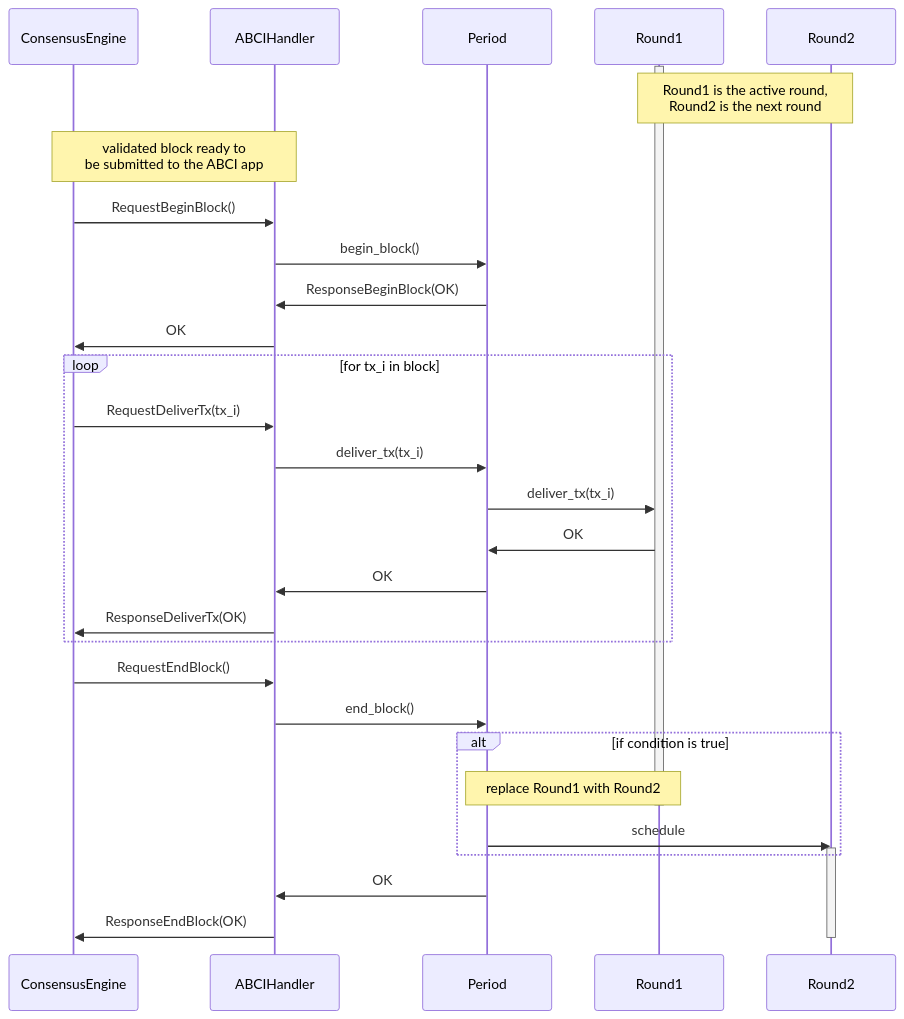
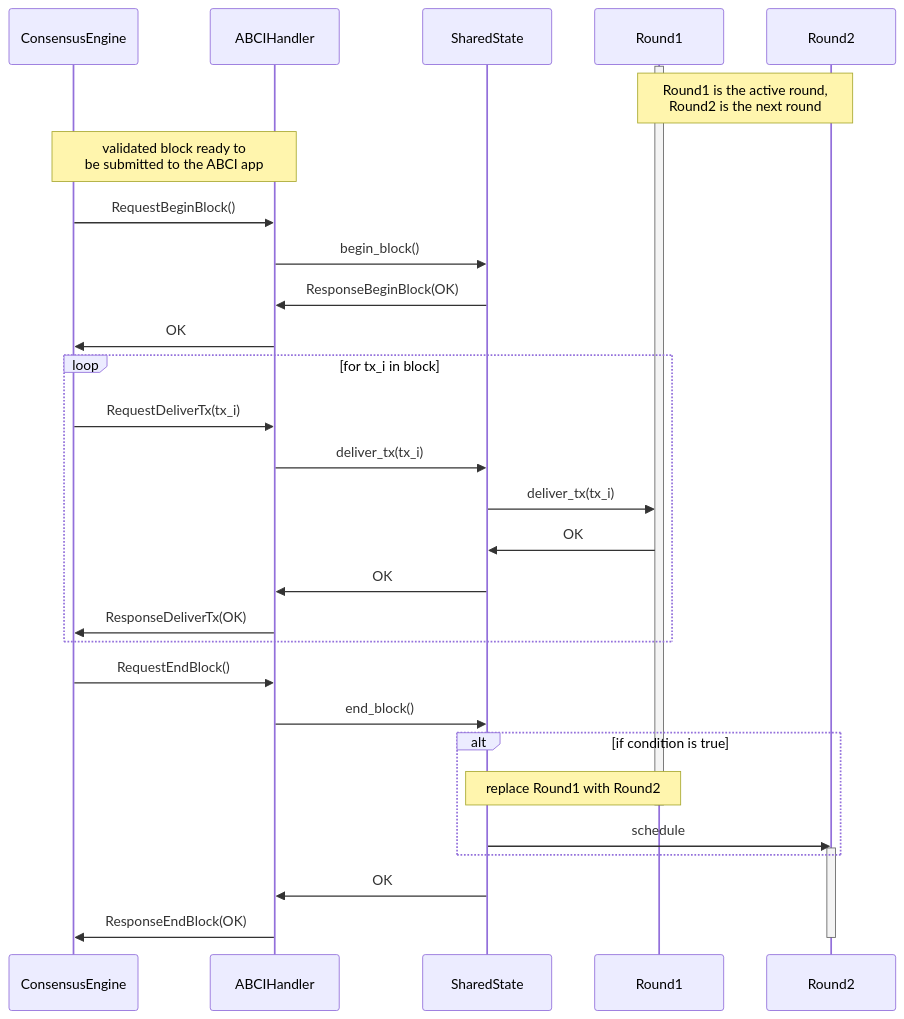
Before and after one commit to valory-xyz/open-autonomy: the third of 3 diagrams in docs/abci_app_interactions.md, drawn with Mermaid. The commit also changed other lines of this file and 5 other files, not shown here.

```diff
--- a/docs/abci_app_interactions.md
+++ b/docs/abci_app_interactions.md
@@ -101,34 +101,34 @@
 <div class="mermaid">
     sequenceDiagram
         participant ConsensusEngine
         participant ABCIHandler
-        participant Period
+        participant SharedState
         participant Round1
         participant Round2
         activate Round1
         note over Round1,Round2: Round1 is the active round,<br/>Round2 is the next round
         note over ConsensusEngine,ABCIHandler: validated block ready to<br/>be submitted to the ABCI app
         ConsensusEngine->>ABCIHandler: RequestBeginBlock()
-        ABCIHandler->>Period: begin_block()
-        Period->>ABCIHandler: ResponseBeginBlock(OK)
+        ABCIHandler->>SharedState: begin_block()
+        SharedState->>ABCIHandler: ResponseBeginBlock(OK)
         ABCIHandler->>ConsensusEngine: OK
         loop for tx_i in block
             ConsensusEngine->>ABCIHandler: RequestDeliverTx(tx_i)
-            ABCIHandler->>Period: deliver_tx(tx_i)
-            Period->>Round1: deliver_tx(tx_i)
-            Round1->>Period: OK
-            Period->>ABCIHandler: OK
+            ABCIHandler->>SharedState: deliver_tx(tx_i)
+            SharedState->>Round1: deliver_tx(tx_i)
+            Round1->>SharedState: OK
+            SharedState->>ABCIHandler: OK
             ABCIHandler->>ConsensusEngine: ResponseDeliverTx(OK)
         end
         ConsensusEngine->>ABCIHandler: RequestEndBlock()
-        ABCIHandler->>Period: end_block()
+        ABCIHandler->>SharedState: end_block()
         alt if condition is true
-            note over Period,Round1: replace Round1 with Round2
+            note over SharedState,Round1: replace Round1 with Round2
             deactivate Round1
-            Period->>Round2: schedule
+            SharedState->>Round2: schedule
             activate Round2
         end
-        Period->>ABCIHandler: OK
+        SharedState->>ABCIHandler: OK
         ABCIHandler->>ConsensusEngine: ResponseEndBlock(OK)
         deactivate Round2
 </div>
```
